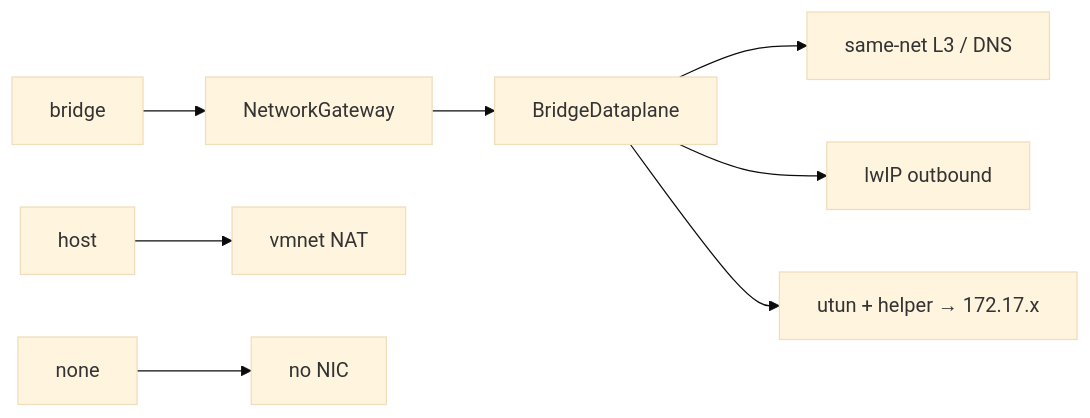
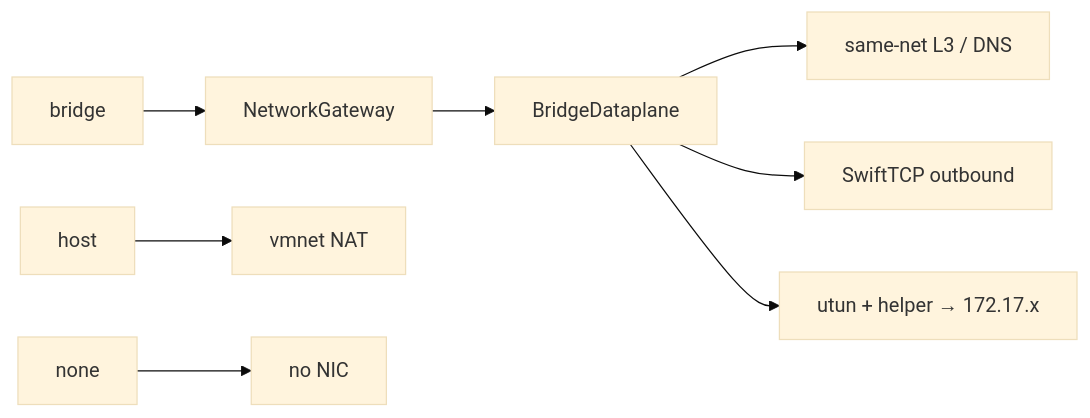
One commit to macker-io/macker changed the diagram in README.md. Above: the diagram before and after it, drawn with Mermaid (base theme). The commit also changed other lines of this file and 38 other files, not shown here.

First line of the commit message:
Replace lwIP with in-process SwiftTCP for bridge outbound.

````diff
--- a/README.md
+++ b/README.md
@@ -130,10 +130,10 @@
 ```mermaid
 flowchart LR
   B["bridge"] --> GW["NetworkGateway"]
   GW --> DP["BridgeDataplane"]
   DP --> L3["same-net L3 / DNS"]
-  DP --> LW["lwIP outbound"]
+  DP --> ST["SwiftTCP outbound"]
   DP --> UT["utun + helper → 172.17.x"]
   H["host"] --> VM["vmnet NAT"]
   N["none"] --> X["no NIC"]
 ```
````
